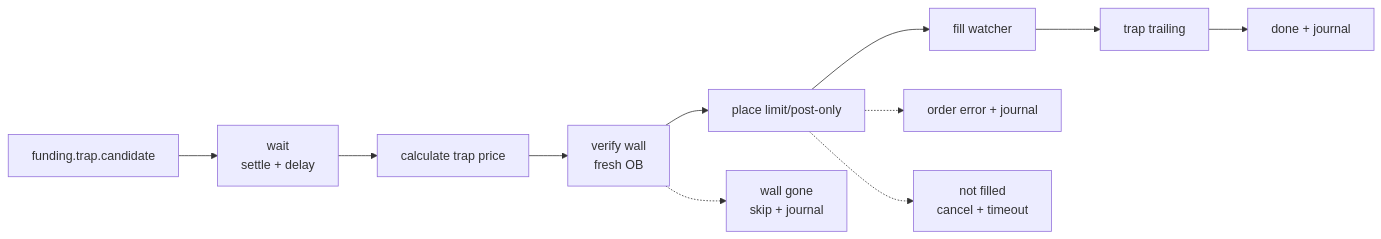
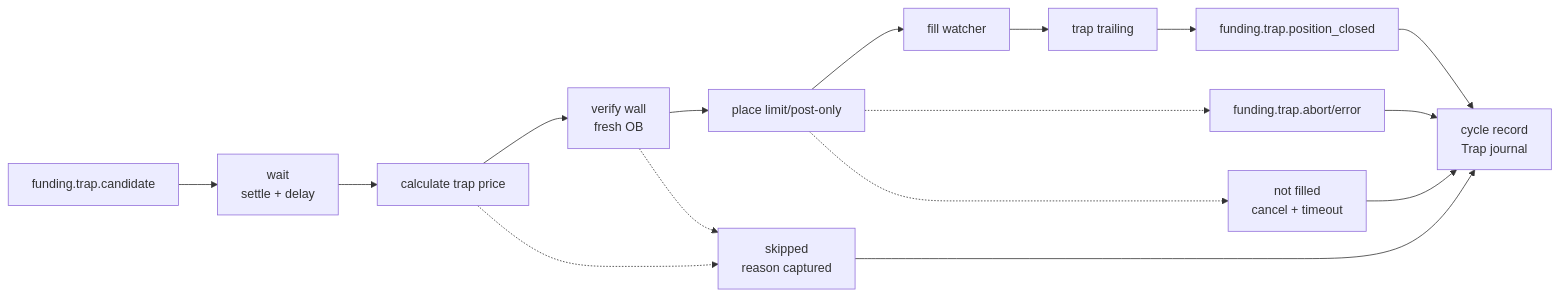
One commit to dangnmh/crypto-bot changed the diagram in docs/business/funding/trap_flow.md. Above: the diagram before and after it, drawn with Mermaid. The commit also changed other lines of this file and 40 other files, not shown here.

Commit message:
split flow

````diff
--- a/docs/business/funding/trap_flow.md
+++ b/docs/business/funding/trap_flow.md
@@ -20,13 +20,18 @@
 ```mermaid
 flowchart LR
     C["funding.trap.candidate"] --> DELAY["wait<br/>settle + delay"]
     DELAY --> PRICE["calculate trap price"]
     PRICE --> VERIFY["verify wall<br/>fresh OB"]
     VERIFY --> ORDER["place limit/post-only"]
     ORDER --> FILL["fill watcher"]
     FILL --> TRAIL["trap trailing"]
-    TRAIL --> DONE["done + journal"]
-    VERIFY -.-> SKIP["wall gone<br/>skip + journal"]
-    ORDER -.-> ABORT["order error + journal"]
+    TRAIL --> CLOSED["funding.trap.position_closed"]
+    VERIFY -.-> SKIP["skipped<br/>reason captured"]
+    PRICE -.-> SKIP
+    ORDER -.-> ABORT["funding.trap.abort/error"]
     ORDER -.-> EXPIRE["not filled<br/>cancel + timeout"]
+    CLOSED --> JOURNAL["cycle record<br/>Trap journal"]
+    SKIP --> JOURNAL
+    ABORT --> JOURNAL
+    EXPIRE --> JOURNAL
 ```
````
